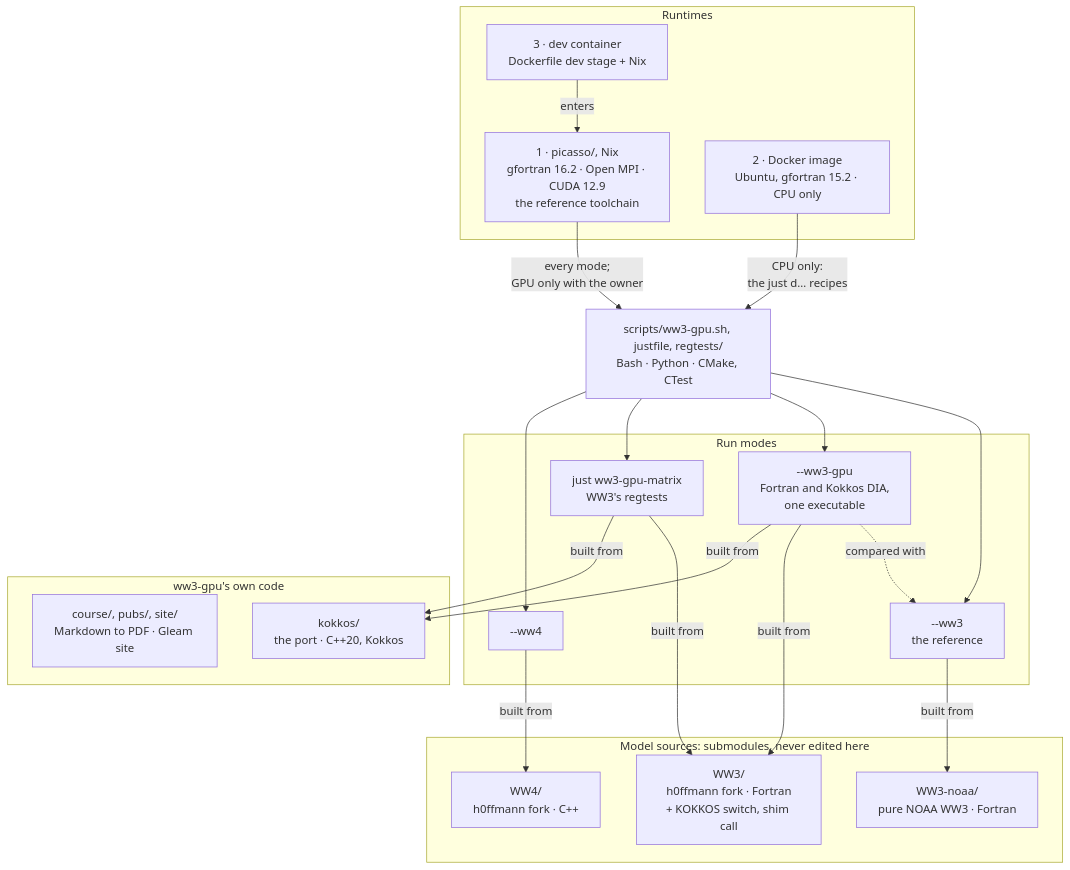
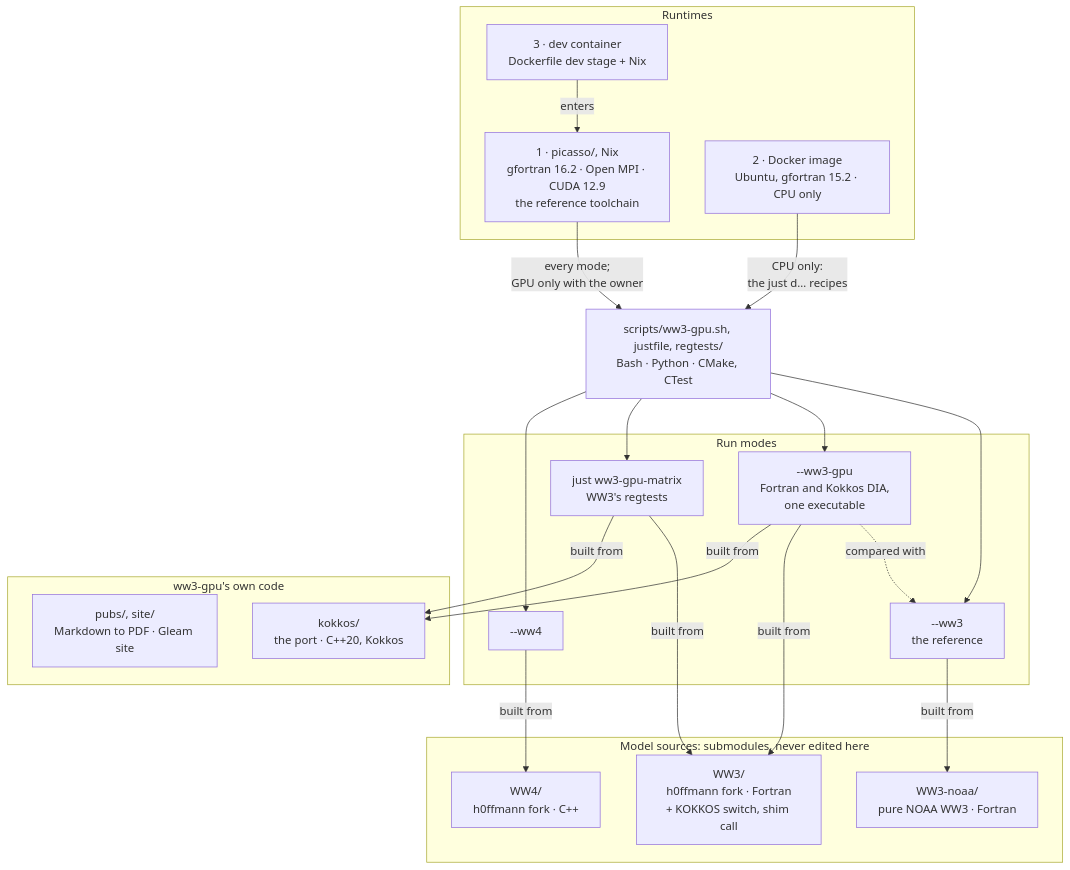
The diagram in README.md (h0ffmann/ww3-gpu), drawn with Mermaid before and after one commit. The commit also changed other lines of this file and 104 other files, not shown here.

````diff
--- a/README.md
+++ b/README.md
@@ -77,35 +77,35 @@
 ```mermaid
 %% figure: ww3-gpu-at-a-glance
 %% title: What does ww3-gpu build, from which sources, and on which runtime does each run mode run?
 flowchart TD
     subgraph RT["Runtimes"]
         C["3 · dev container<br/>Dockerfile dev stage + Nix"]
         P["1 · picasso/, Nix<br/>gfortran 16.2 · Open MPI · CUDA 12.9<br/>the reference toolchain"]
         D["2 · Docker image<br/>Ubuntu, gfortran 15.2 · CPU only"]
     end
     H["scripts/ww3-gpu.sh, justfile, regtests/<br/>Bash · Python · CMake, CTest"]
     subgraph RUN["Run modes"]
         M1["--ww3<br/>the reference"]
         M2["--ww3-gpu<br/>Fortran and Kokkos DIA,<br/>one executable"]
         M4["just ww3-gpu-matrix<br/>WW3's regtests"]
         M3["--ww4"]
     end
     subgraph SRC["Model sources: submodules, never edited here"]
         N["WW3-noaa/<br/>pure NOAA WW3 · Fortran"]
         F["WW3/<br/>h0ffmann fork · Fortran<br/>+ KOKKOS switch, shim call"]
         W4["WW4/<br/>h0ffmann fork · C++"]
     end
     subgraph OWN["ww3-gpu's own code"]
-        B["course/, pubs/, site/<br/>Markdown to PDF · Gleam site"]
+        B["pubs/, site/<br/>Markdown to PDF · Gleam site"]
         K["kokkos/<br/>the port · C++20, Kokkos"]
     end
     C -- "enters" --> P
     P -- "every mode;<br/>GPU only with the owner" --> H
     D -- "CPU only:<br/>the just d… recipes" --> H
     H --> M1 & M2 & M4 & M3
     M2 -. "compared with" .-> M1
     M1 -- "built from" --> N
     M2 -- "built from" --> F & K
     M4 -- "built from" --> F & K
     M3 -- "built from" --> W4
 ```
````
